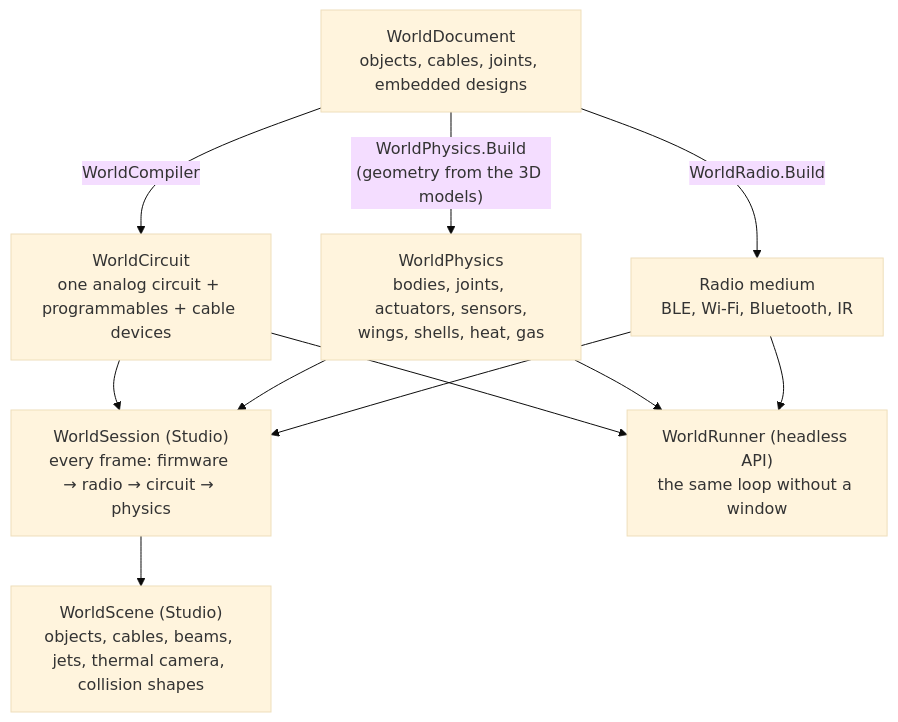
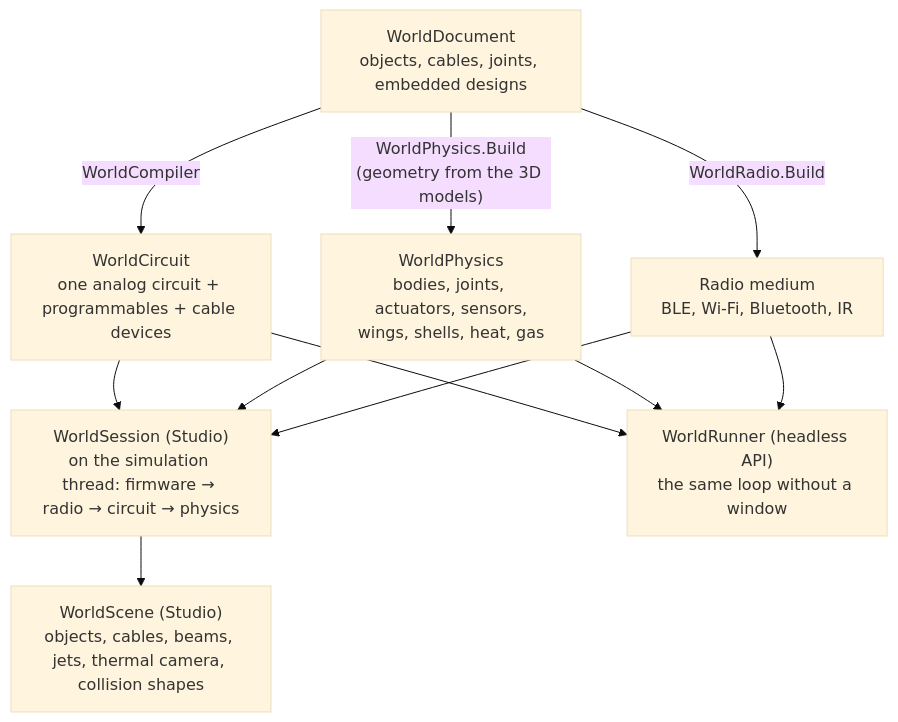
Before and after one commit to Kinin-Code-Offical/robotwin-studio: the third of 4 diagrams in docs/ARCHITECTURE.md, drawn with Mermaid (base theme). The commit also changed other lines of this file and 29 other files, not shown here.

````diff
--- a/docs/ARCHITECTURE.md
+++ b/docs/ARCHITECTURE.md
@@ -92,13 +92,13 @@
 ```mermaid
 flowchart TB
     D["WorldDocument<br/>objects, cables, joints, embedded designs"] -- "WorldCompiler" --> C["WorldCircuit<br/>one analog circuit + programmables + cable devices"]
     D -- "WorldPhysics.Build<br/>(geometry from the 3D models)" --> P["WorldPhysics<br/>bodies, joints, actuators, sensors,<br/>wings, shells, heat, gas"]
     D -- "WorldRadio.Build" --> R["Radio medium<br/>BLE, Wi-Fi, Bluetooth, IR"]
-    C --> S["WorldSession (Studio)<br/>every frame: firmware → radio → circuit → physics"]
+    C --> S["WorldSession (Studio)<br/>on the simulation thread: firmware → radio → circuit → physics"]
     P --> S
     R --> S
     S --> V["WorldScene (Studio)<br/>objects, cables, beams, jets, thermal camera, collision shapes"]
     C --> H["WorldRunner (headless API)<br/>the same loop without a window"]
     P --> H
     R --> H
 ```
````
